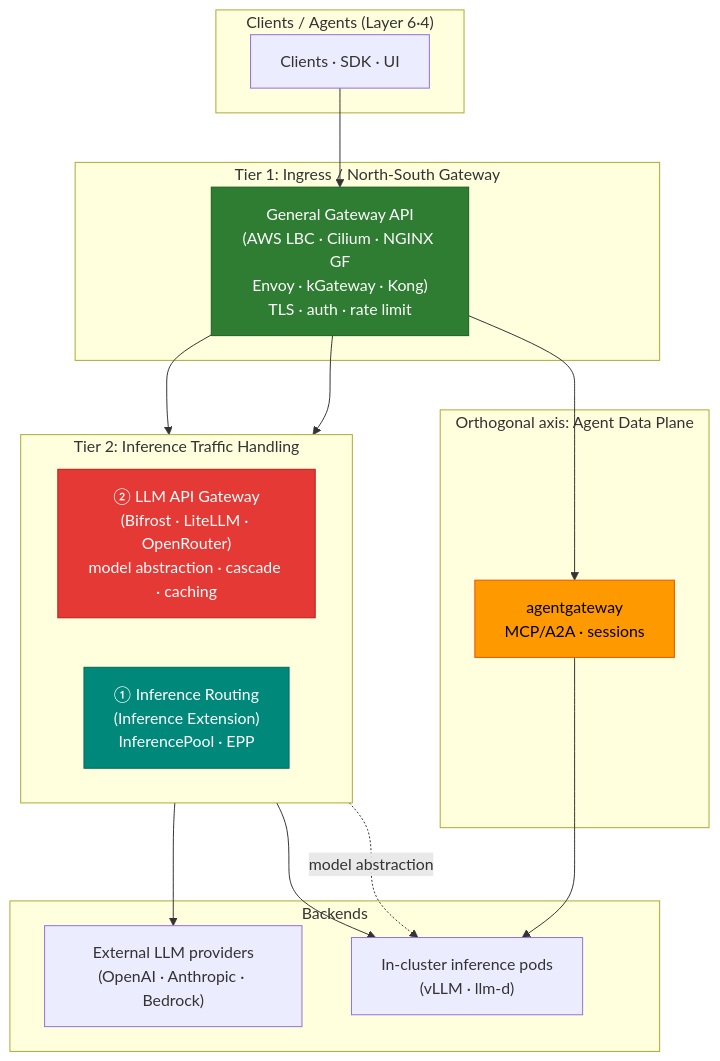
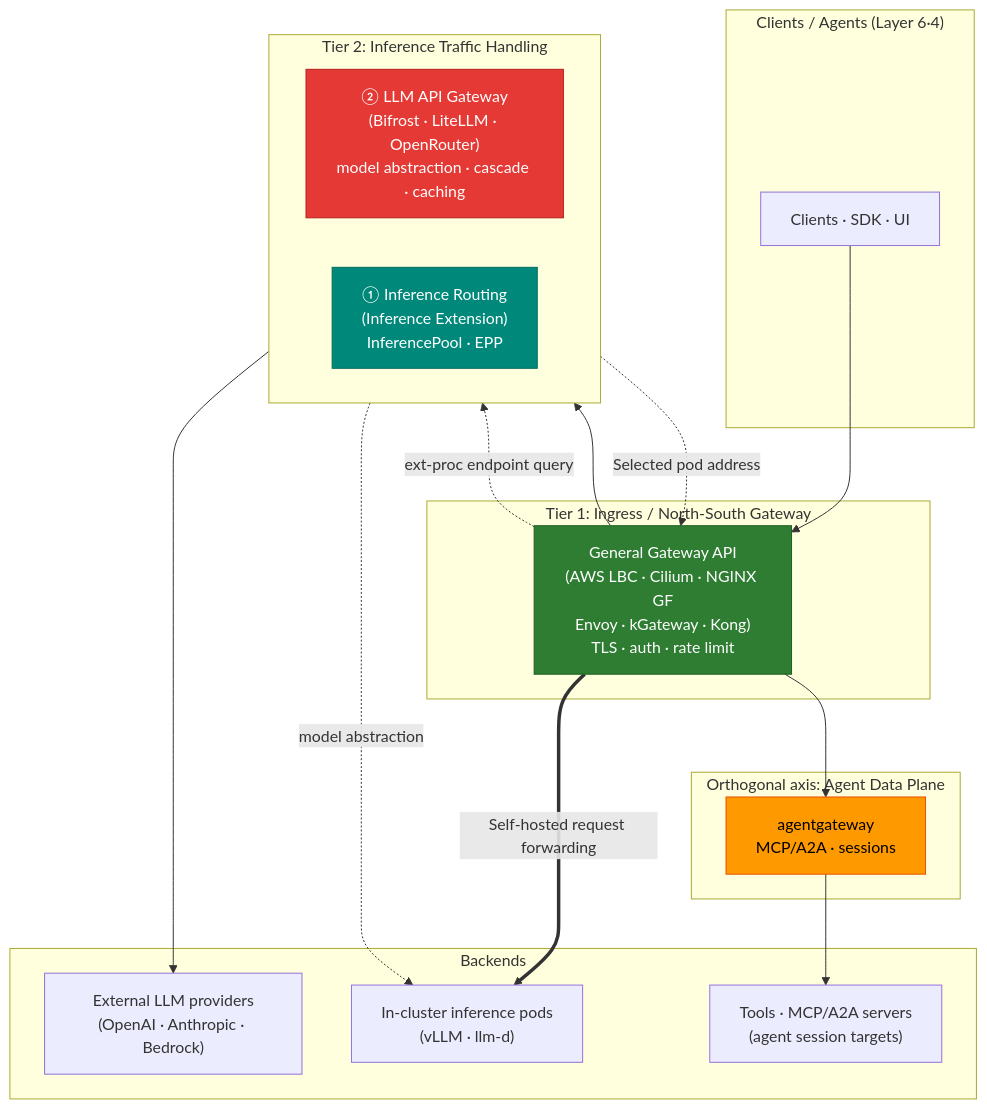
The diagram in docs/agentic-ai-platform/model-serving/inference-routing/tiered-gateway-architecture.md (devfloor9/engineering-playbook), drawn with Mermaid before and after one commit. The commit also changed other lines of this file and 37 other files, not shown here.

````diff
--- a/docs/agentic-ai-platform/model-serving/inference-routing/tiered-gateway-architecture.md
+++ b/docs/agentic-ai-platform/model-serving/inference-routing/tiered-gateway-architecture.md
@@ -53,39 +57,41 @@
 ```mermaid
 flowchart TB
     subgraph CL["Clients / Agents (Layer 6·4)"]
         CLIENT[Clients · SDK · UI]
     end
 
     subgraph T1["Tier 1: Ingress / North-South Gateway"]
         GW1["General Gateway API<br/>(AWS LBC · Cilium · NGINX GF<br/>Envoy · kGateway · Kong)<br/>TLS · auth · rate limit"]
     end
 
     subgraph T2["Tier 2: Inference Traffic Handling"]
         direction LR
         T2A["② LLM API Gateway<br/>(Bifrost · LiteLLM · OpenRouter)<br/>model abstraction · cascade · caching"]
         T2B["① Inference Routing<br/>(Inference Extension)<br/>InferencePool · EPP"]
     end
 
     subgraph ADP["Orthogonal axis: Agent Data Plane"]
         AGW["agentgateway<br/>MCP/A2A · sessions"]
     end
 
     subgraph BE["Backends"]
         EXT["External LLM providers<br/>(OpenAI · Anthropic · Bedrock)"]
         PODS["In-cluster inference pods<br/>(vLLM · llm-d)"]
+        TOOLS["Tools · MCP/A2A servers<br/>(agent session targets)"]
     end
 
     CLIENT --> GW1
     GW1 --> T2A
-    GW1 --> T2B
     GW1 --> AGW
+    GW1 ==Self-hosted request forwarding==> PODS
+    GW1 -.ext-proc endpoint query.-> T2B
+    T2B -.Selected pod address.-> GW1
     T2A --> EXT
     T2A -.model abstraction.-> PODS
-    T2B --> PODS
-    AGW --> PODS
+    AGW --> TOOLS
 
     style GW1 fill:#2e7d32,stroke:#1b5e20,color:#fff
     style T2A fill:#e53935,stroke:#b71c1c,color:#fff
     style T2B fill:#00897b,stroke:#00695c,color:#fff
     style AGW fill:#ff9900,stroke:#e65100,color:#000
 ```
````
